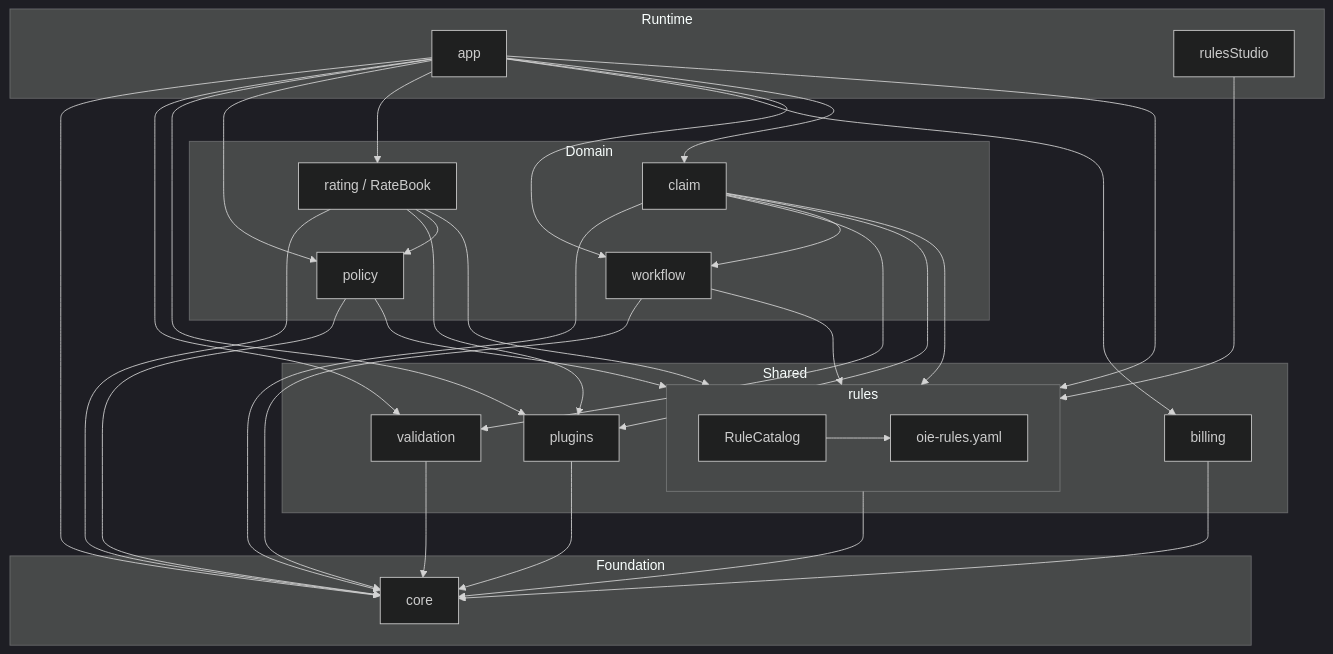
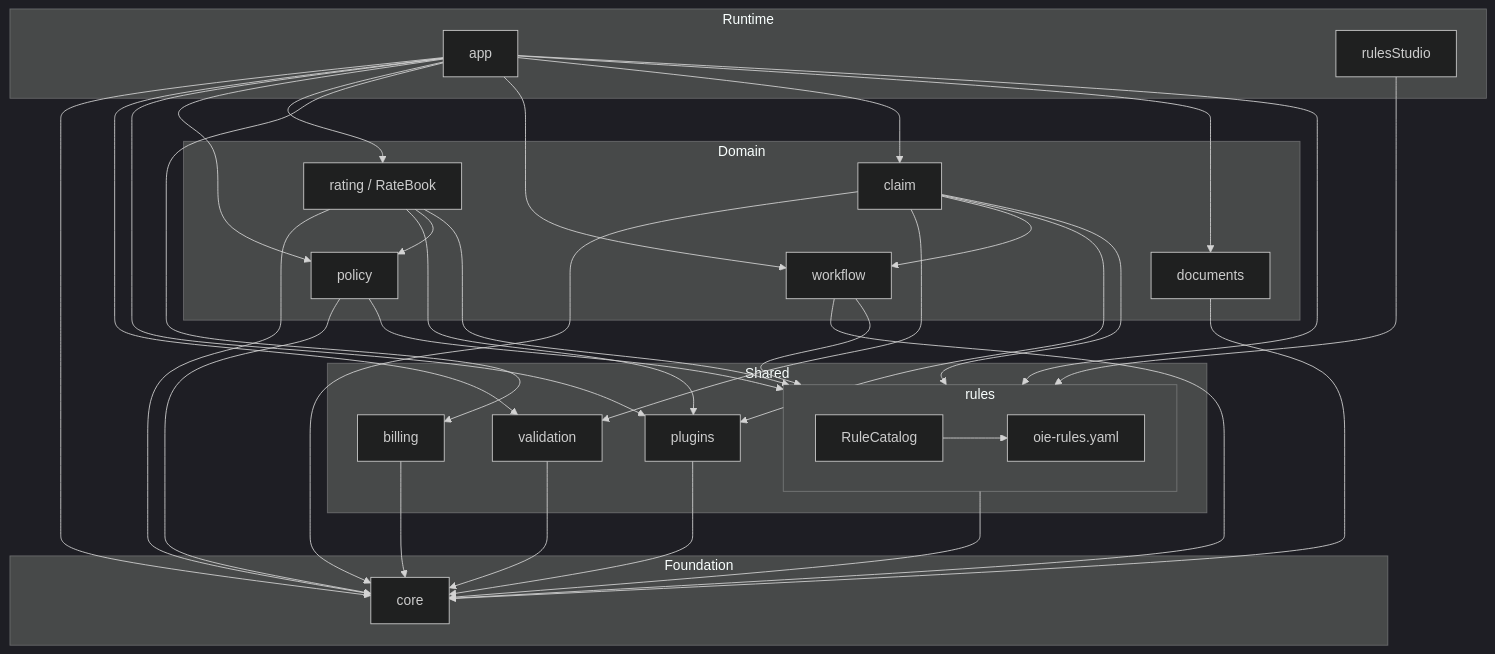
One commit to bieli/open-insurance-engine changed the diagram in README.md. Above: the diagram before and after it, drawn with Mermaid (dark theme). The commit also changed other lines of this file and 6 other files, not shown here.

Commit message:
add documents module and upgrade demo app.

````diff
--- a/README.md
+++ b/README.md
@@ -28,59 +29,62 @@
 ```mermaid
 flowchart TB
   subgraph foundation["Foundation"]
     core["core"]
   end
 
   subgraph shared["Shared"]
     subgraph rulesBox["rules"]
       yaml["oie-rules.yaml"]
       catalog["RuleCatalog"]
       catalog --> yaml
     end
     validation["validation"]
     plugins["plugins"]
     billing["billing"]
   end
 
   subgraph domain["Domain"]
     policy["policy"]
     workflow["workflow"]
     rating["rating / RateBook"]
     claim["claim"]
+    documents["documents"]
   end
 
   subgraph runtime["Runtime"]
     app["app"]
     rulesStudio["rulesStudio"]
   end
 
   rulesBox --> core
   validation --> core
   plugins --> core
   billing --> core
 
   policy --> core
   policy --> rulesBox
   workflow --> core
   workflow --> rulesBox
   rating --> core
   rating --> plugins
   rating --> policy
   rating --> rulesBox
   claim --> core
   claim --> rulesBox
   claim --> validation
   claim --> workflow
   claim --> plugins
+  documents --> core
 
   app --> core
   app --> rulesBox
   app --> validation
   app --> plugins
   app --> policy
   app --> rating
   app --> billing
   app --> workflow
   app --> claim
+  app --> documents
   rulesStudio --> rulesBox
 ```
````
